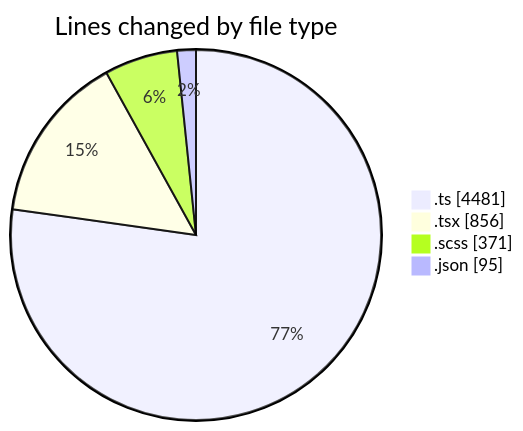
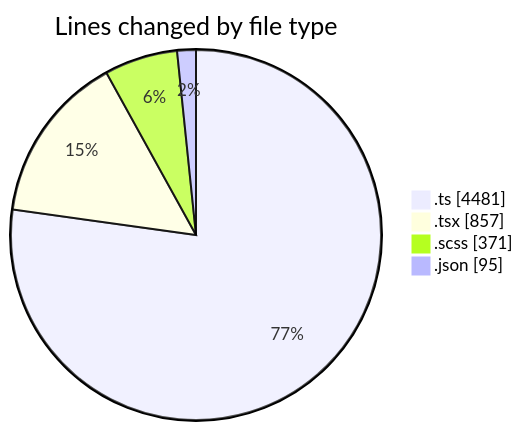
One commit to momahboobian/code-tracking changed the first of 2 diagrams in 2026-10-29/cda/README.md. Above: the diagram before and after it, drawn with Mermaid. The commit also changed other lines of this file and 1 other file, not shown here.

````diff
--- a/2026-10-29/cda/README.md
+++ b/2026-10-29/cda/README.md
@@ -29,8 +29,8 @@
 ```mermaid
 pie showData
 title Lines changed by file type
 ".ts" : 4481
-".tsx" : 856
+".tsx" : 857
 ".scss" : 371
 ".json" : 95
 ```
````
